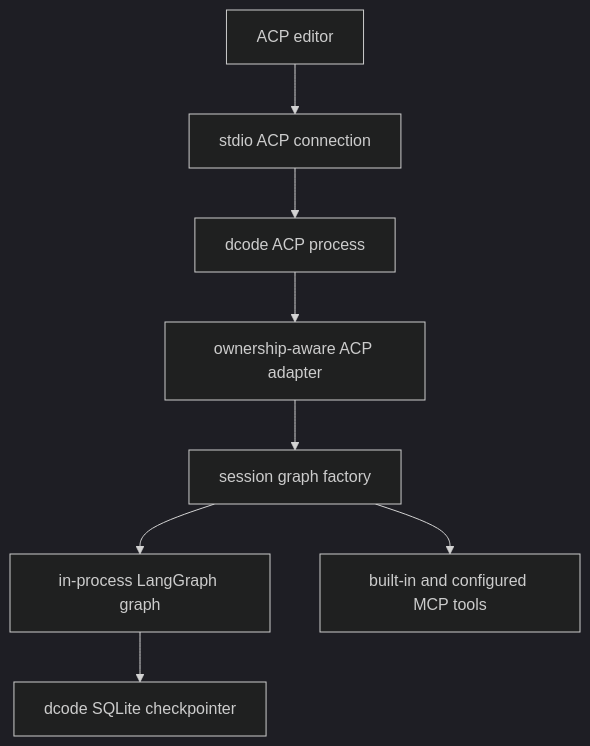
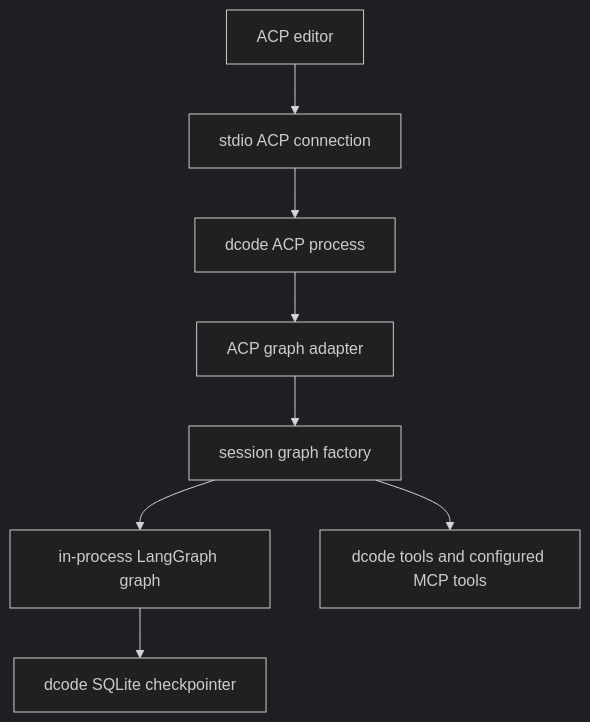
One commit to langchain-ai/deepagents changed the first of 3 diagrams in openwiki/integrations/acp.md. Above: the diagram before and after it, drawn with Mermaid (dark theme). The commit also changed other lines of this file and 35 other files, not shown here.

````diff
--- a/openwiki/integrations/acp.md
+++ b/openwiki/integrations/acp.md
@@ -45,10 +43,10 @@
 ```mermaid
 flowchart TD
     Editor["ACP editor"] --> Transport["stdio ACP connection"]
     Transport --> Dcode["dcode ACP process"]
-    Dcode --> Adapter["ownership-aware ACP adapter"]
+    Dcode --> Adapter["ACP graph adapter"]
     Adapter --> Factory["session graph factory"]
     Factory --> Graph["in-process LangGraph graph"]
     Graph --> Saver["dcode SQLite checkpointer"]
-    Factory --> Tools["built-in and configured MCP tools"]
+    Factory --> Tools["dcode tools and configured MCP tools"]
 ```
````
